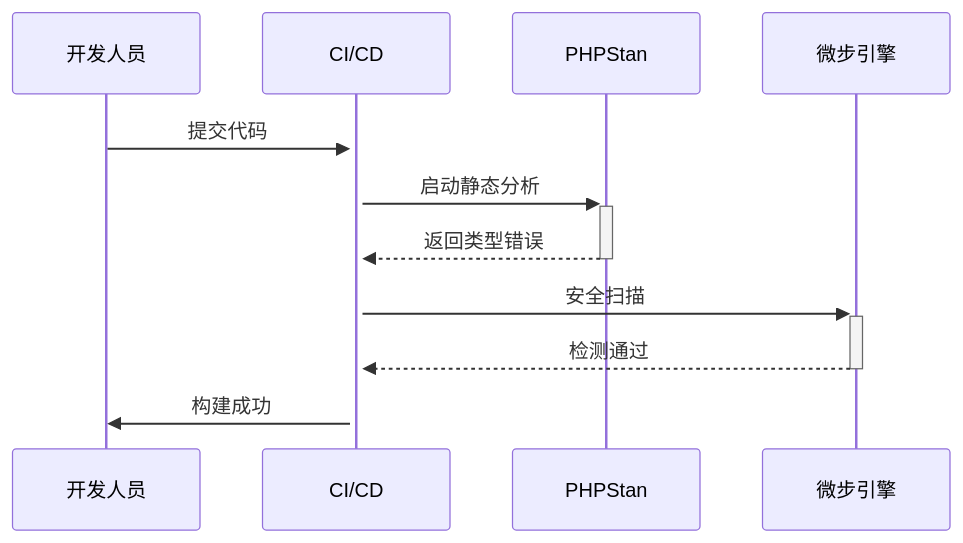
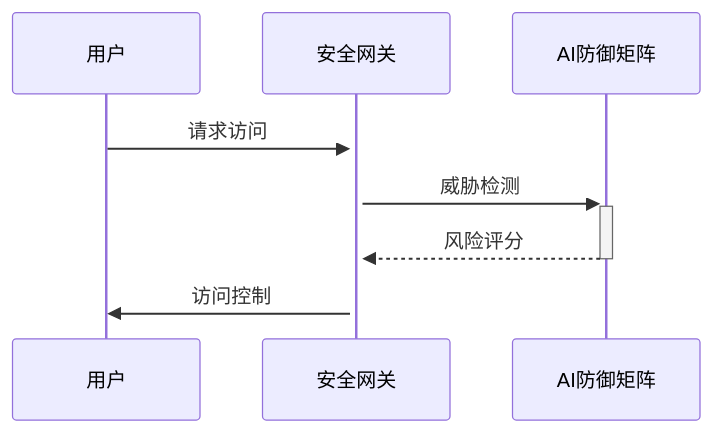
The fourth of 5 diagrams in docs/修复日志.md (KLJyouth/deepseek-companion), drawn with Mermaid before and after one commit. The commit also changed other lines of this file and 12 other files, not shown here.

````diff
--- a/docs/修复日志.md
+++ b/docs/修复日志.md
@@ -23,12 +300,10 @@
 ```mermaid
 sequenceDiagram
-    participant 开发人员
-    participant CI/CD
-    participant PHPStan
-    开发人员->>+CI/CD: 提交代码
-    CI/CD->>+PHPStan: 启动静态分析
-    PHPStan-->>-CI/CD: 返回类型错误
-    CI/CD->>+微步引擎: 安全扫描
-    微步引擎-->>-CI/CD: 检测通过
-    CI/CD->>开发人员: 构建成功
+    participant 用户
+    participant 安全网关
+    participant AI防御矩阵
+    用户->>+安全网关: 请求访问
+    安全网关->>+AI防御矩阵: 威胁检测
+    AI防御矩阵-->>-安全网关: 风险评分
+    安全网关->>用户: 访问控制
 ```
````
